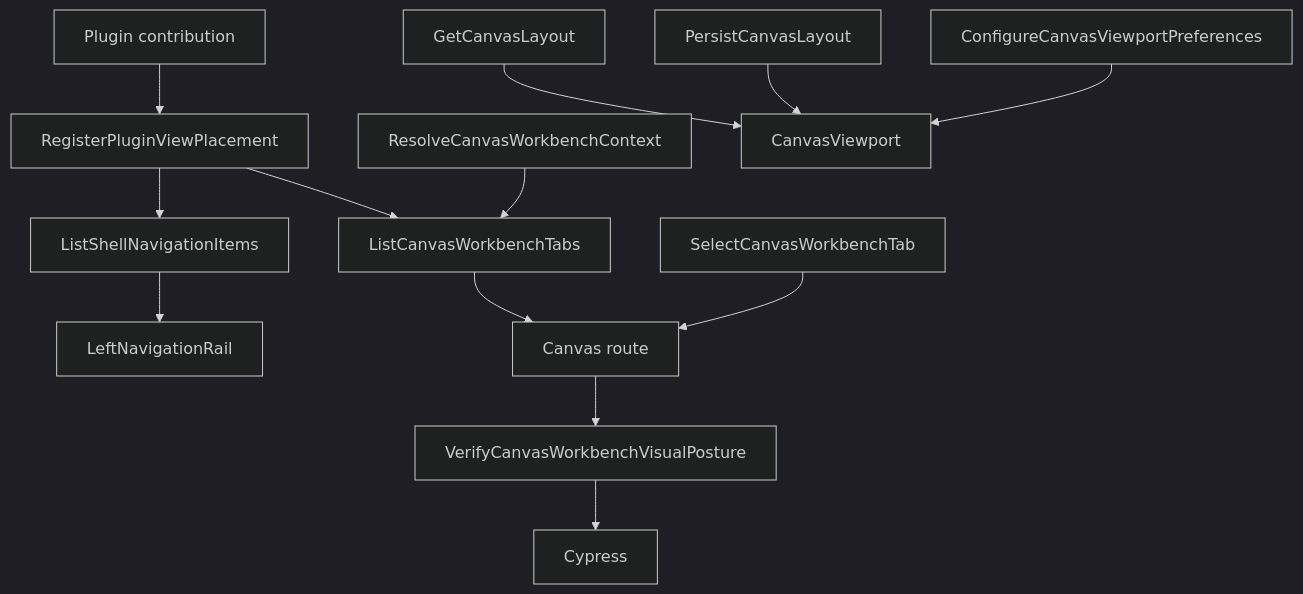
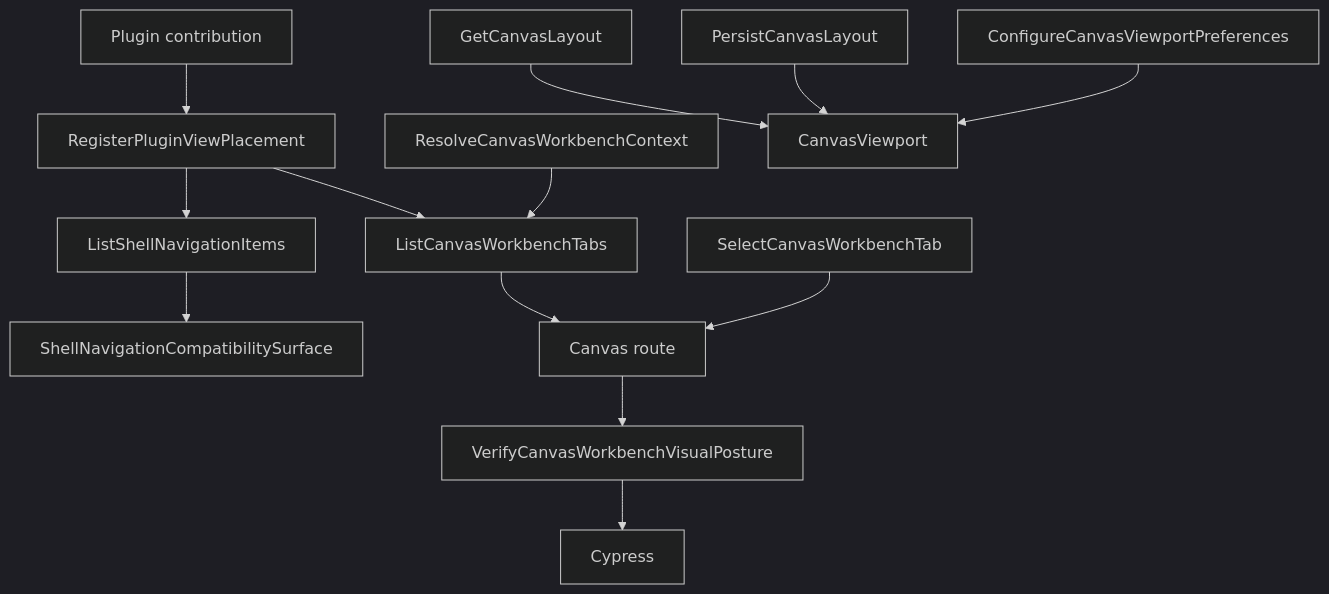
One commit to dunay2/dvt changed the diagram in docs/architecture/components/web/graph/canvas-workbench-command-query-catalog.md. Above: the diagram before and after it, drawn with Mermaid (dark theme). The commit also changed other lines of this file and 15 other files, not shown here.

````diff
--- a/docs/architecture/components/web/graph/canvas-workbench-command-query-catalog.md
+++ b/docs/architecture/components/web/graph/canvas-workbench-command-query-catalog.md
@@ -92,30 +92,30 @@
 ```mermaid
 flowchart TD
   Plugin["Plugin contribution"]
   Placement["RegisterPluginViewPlacement"]
   ShellQuery["ListShellNavigationItems"]
   CanvasQuery["ListCanvasWorkbenchTabs"]
   CanvasContext["ResolveCanvasWorkbenchContext"]
   SelectTab["SelectCanvasWorkbenchTab"]
   LayoutQuery["GetCanvasLayout"]
   LayoutCommand["PersistCanvasLayout"]
   Prefs["ConfigureCanvasViewportPreferences"]
   VisualProof["VerifyCanvasWorkbenchVisualPosture"]
-  Shell["LeftNavigationRail"]
+  Shell["ShellNavigationCompatibilitySurface"]
   Canvas["Canvas route"]
   Viewport["CanvasViewport"]
   Cypress["Cypress"]
 
   Plugin --> Placement
   Placement --> ShellQuery
   Placement --> CanvasQuery
   ShellQuery --> Shell
   CanvasContext --> CanvasQuery
   CanvasQuery --> Canvas
   SelectTab --> Canvas
   LayoutQuery --> Viewport
   LayoutCommand --> Viewport
   Prefs --> Viewport
   Canvas --> VisualProof
   VisualProof --> Cypress
 ```
````
